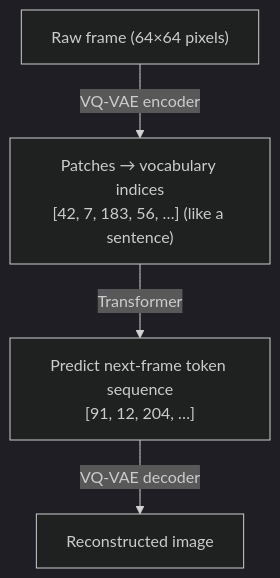
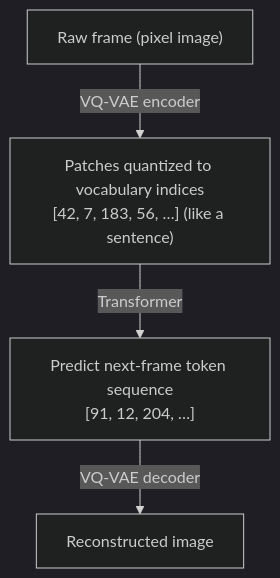
Before and after one commit to zhimin-z/learn-world-model: the first of 3 diagrams in docs/en/lectures/lecture-03-architecture-patterns/01-architectures.md, drawn with Mermaid (dark theme). The commit also changed 6 other files, not shown here.

````diff
--- a/docs/en/lectures/lecture-03-architecture-patterns/01-architectures.md
+++ b/docs/en/lectures/lecture-03-architecture-patterns/01-architectures.md
@@ -81,6 +81,6 @@
 ```mermaid
 flowchart TD
-    A["Raw frame (64×64 pixels)"] -->|"VQ-VAE encoder"| B["Patches → vocabulary indices\n[42, 7, 183, 56, …] (like a sentence)"]
+    A["Raw frame (pixel image)"] -->|"VQ-VAE encoder"| B["Patches quantized to vocabulary indices\n[42, 7, 183, 56, …] (like a sentence)"]
     B -->|"Transformer"| C["Predict next-frame token sequence\n[91, 12, 204, …]"]
     C -->|"VQ-VAE decoder"| D["Reconstructed image"]
 ```
````
